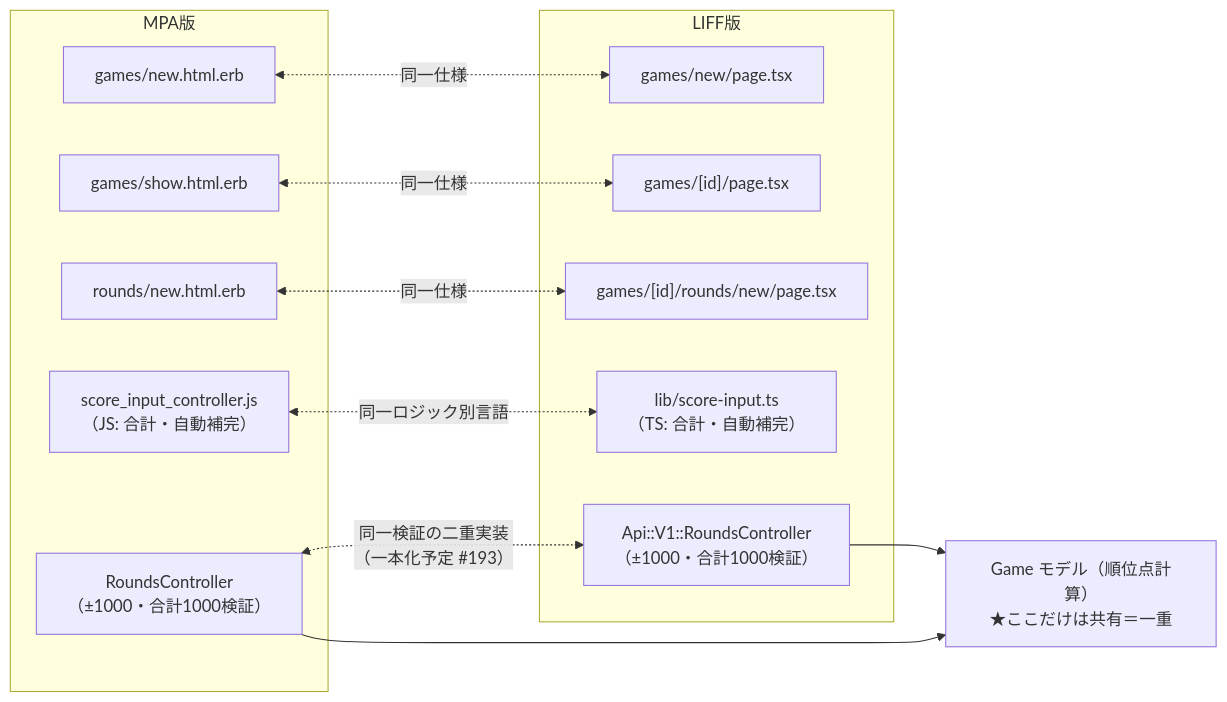
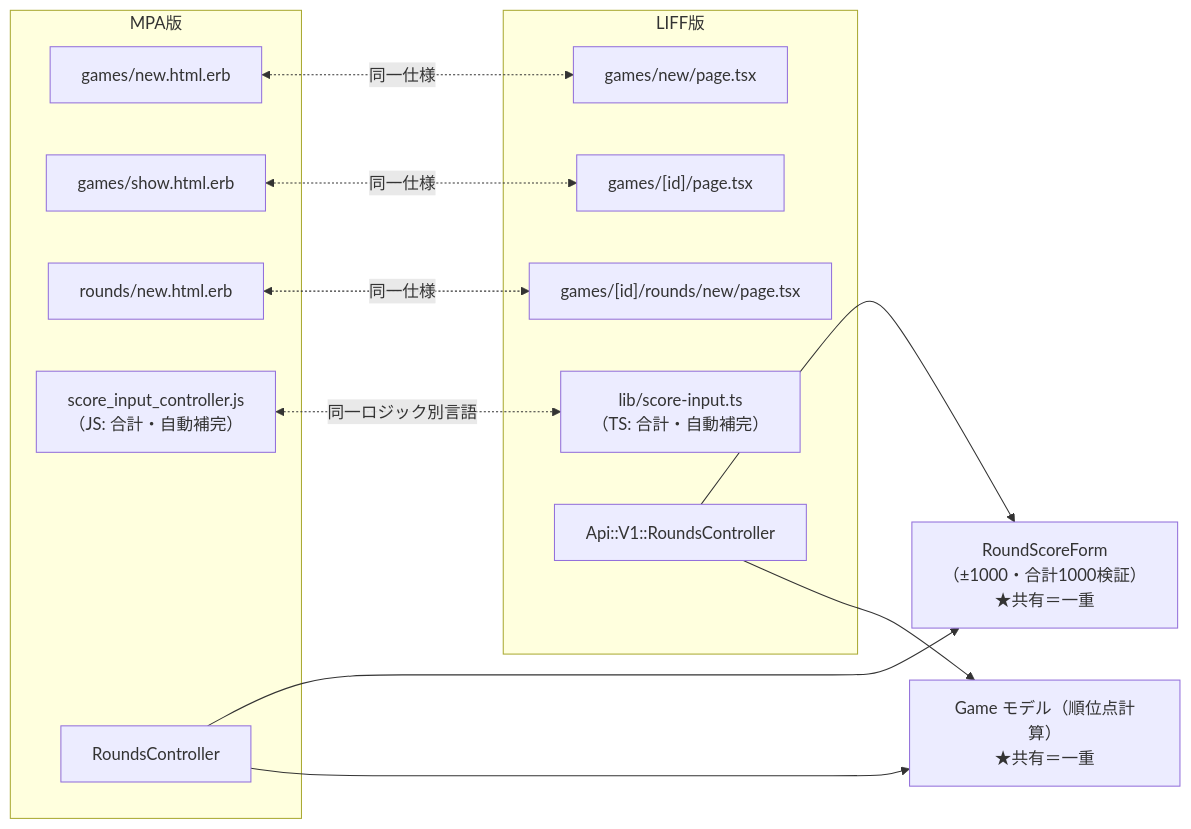
One commit to tsukamotohiroaki/mahjong_score changed the second of 2 diagrams in docs/architecture.md. Above: the diagram before and after it, drawn with Mermaid. The commit also changed other lines of this file and 1 other file, not shown here.

````diff
--- a/docs/architecture.md
+++ b/docs/architecture.md
@@ -67,26 +74,29 @@
 ```mermaid
 flowchart LR
     subgraph M["MPA版"]
         m1["games/new.html.erb"]
         m2["games/show.html.erb"]
         m3["rounds/new.html.erb"]
         m4["score_input_controller.js<br>（JS: 合計・自動補完）"]
-        m5["RoundsController<br>（±1000・合計1000検証）"]
+        m5["RoundsController"]
     end
     subgraph L["LIFF版"]
         l1["games/new/page.tsx"]
         l2["games/[id]/page.tsx"]
         l3["games/[id]/rounds/new/page.tsx"]
         l4["lib/score-input.ts<br>（TS: 合計・自動補完）"]
-        l5["Api::V1::RoundsController<br>（±1000・合計1000検証）"]
+        l5["Api::V1::RoundsController"]
     end
     m1 <-. "同一仕様" .-> l1
     m2 <-. "同一仕様" .-> l2
     m3 <-. "同一仕様" .-> l3
     m4 <-. "同一ロジック別言語" .-> l4
-    m5 <-. "同一検証の二重実装<br>（一本化予定 #193）" .-> l5
 
-    shared["Game モデル（順位点計算）<br>★ここだけは共有＝一重"]
+    form["RoundScoreForm<br>（±1000・合計1000検証）<br>★共有＝一重"]
+    m5 --> form
+    l5 --> form
+
+    shared["Game モデル（順位点計算）<br>★共有＝一重"]
     m5 --> shared
     l5 --> shared
 ```
````
